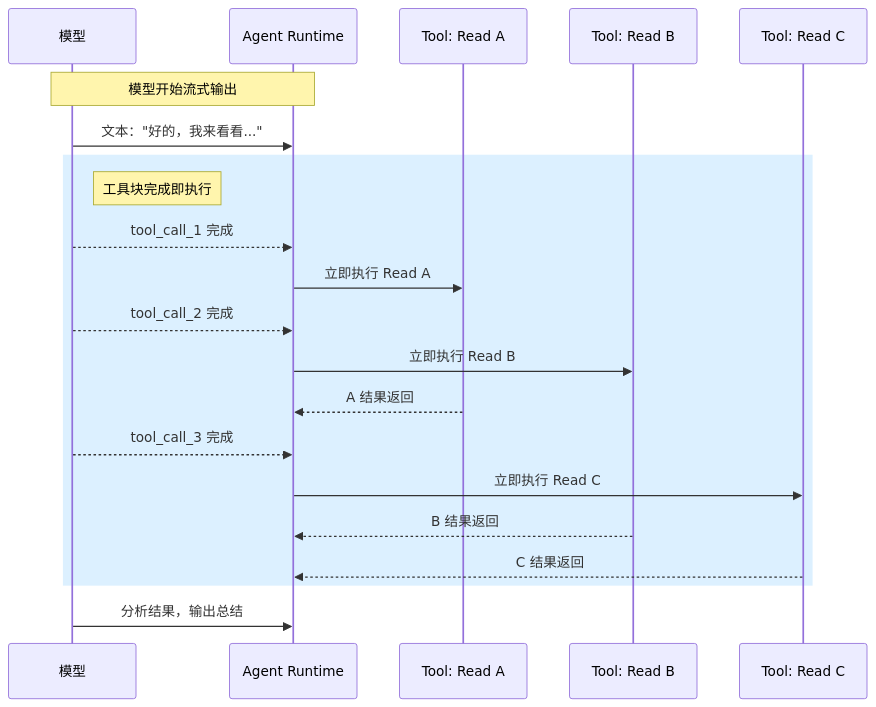
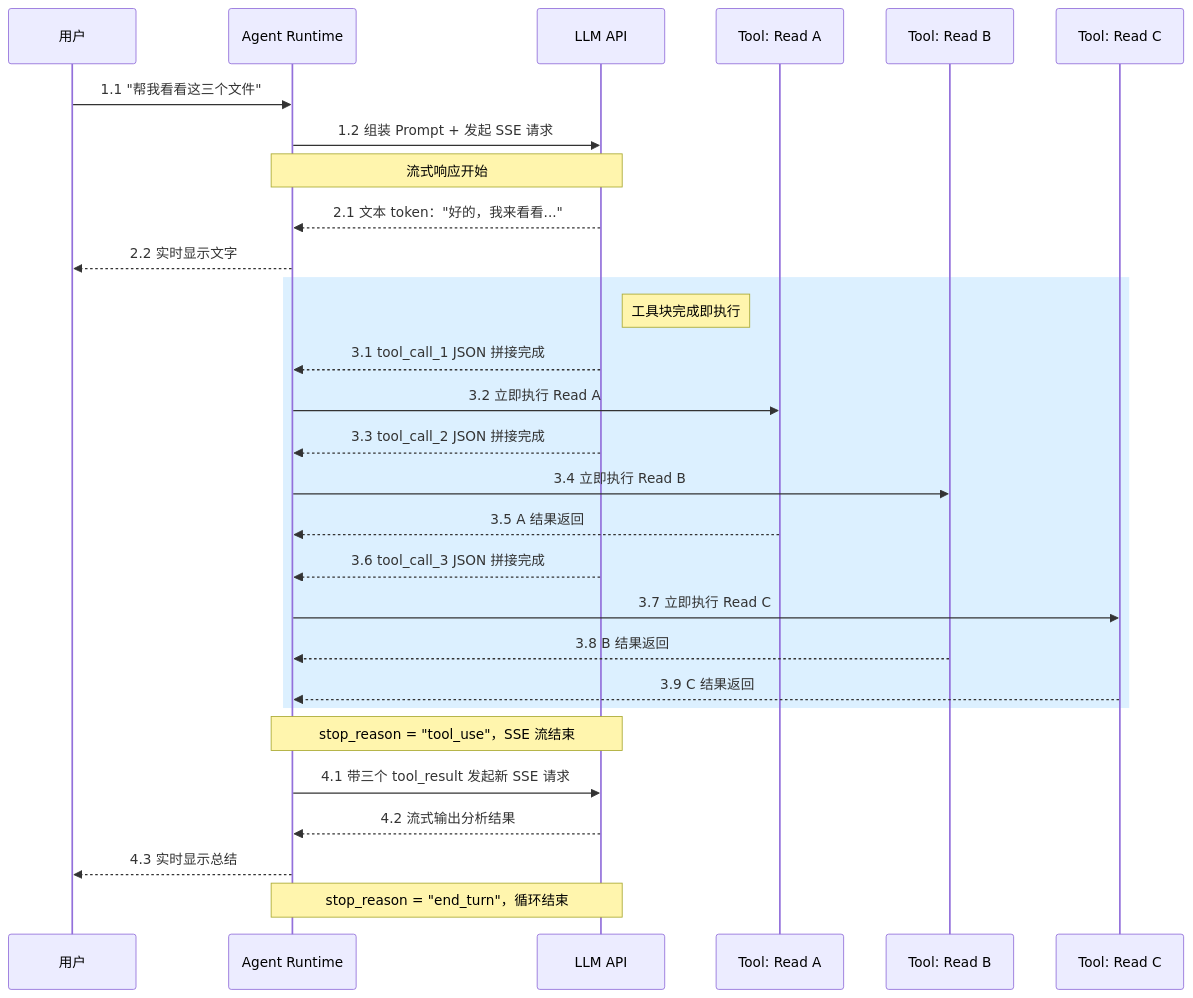
The first of 5 diagrams in source/Agent-Loop-深度分享.md (caosiwei97/agent-loop-demo), drawn with Mermaid before and after one commit. The commit also changed other lines of this file and 27 other files, not shown here.

````diff
--- a/source/Agent-Loop-深度分享.md
+++ b/source/Agent-Loop-深度分享.md
@@ -99,26 +99,35 @@
 ```mermaid
 sequenceDiagram
-    participant M as 模型
-    participant A as Agent Runtime
+    participant U as 用户
+    participant R as Agent Runtime
+    participant API as LLM API
     participant T1 as Tool: Read A
     participant T2 as Tool: Read B
     participant T3 as Tool: Read C
 
-    Note over M,A: 模型开始流式输出
-    M->>A: 文本："好的，我来看看..."
+    U->>R: 1.1 "帮我看看这三个文件"
+    R->>API: 1.2 组装 Prompt + 发起 SSE 请求
+
+    Note over API,R: 流式响应开始
+    API-->>R: 2.1 文本 token："好的，我来看看..."
+    R-->>U: 2.2 实时显示文字
 
     rect rgb(220, 240, 255)
-        Note right of M: 工具块完成即执行
-        M-->>A: tool_call_1 完成
-        A->>T1: 立即执行 Read A
-        M-->>A: tool_call_2 完成
-        A->>T2: 立即执行 Read B
-        T1-->>A: A 结果返回
-        M-->>A: tool_call_3 完成
-        A->>T3: 立即执行 Read C
-        T2-->>A: B 结果返回
-        T3-->>A: C 结果返回
+        Note right of API: 工具块完成即执行
+        API-->>R: 3.1 tool_call_1 JSON 拼接完成
+        R->>T1: 3.2 立即执行 Read A
+        API-->>R: 3.3 tool_call_2 JSON 拼接完成
+        R->>T2: 3.4 立即执行 Read B
+        T1-->>R: 3.5 A 结果返回
+        API-->>R: 3.6 tool_call_3 JSON 拼接完成
+        R->>T3: 3.7 立即执行 Read C
+        T2-->>R: 3.8 B 结果返回
+        T3-->>R: 3.9 C 结果返回
     end
 
-    M->>A: 分析结果，输出总结
+    Note over API,R: stop_reason = "tool_use"，SSE 流结束
+    R->>API: 4.1 带三个 tool_result 发起新 SSE 请求
+    API-->>R: 4.2 流式输出分析结果
+    R-->>U: 4.3 实时显示总结
+    Note over API,R: stop_reason = "end_turn"，循环结束
 ```
````
